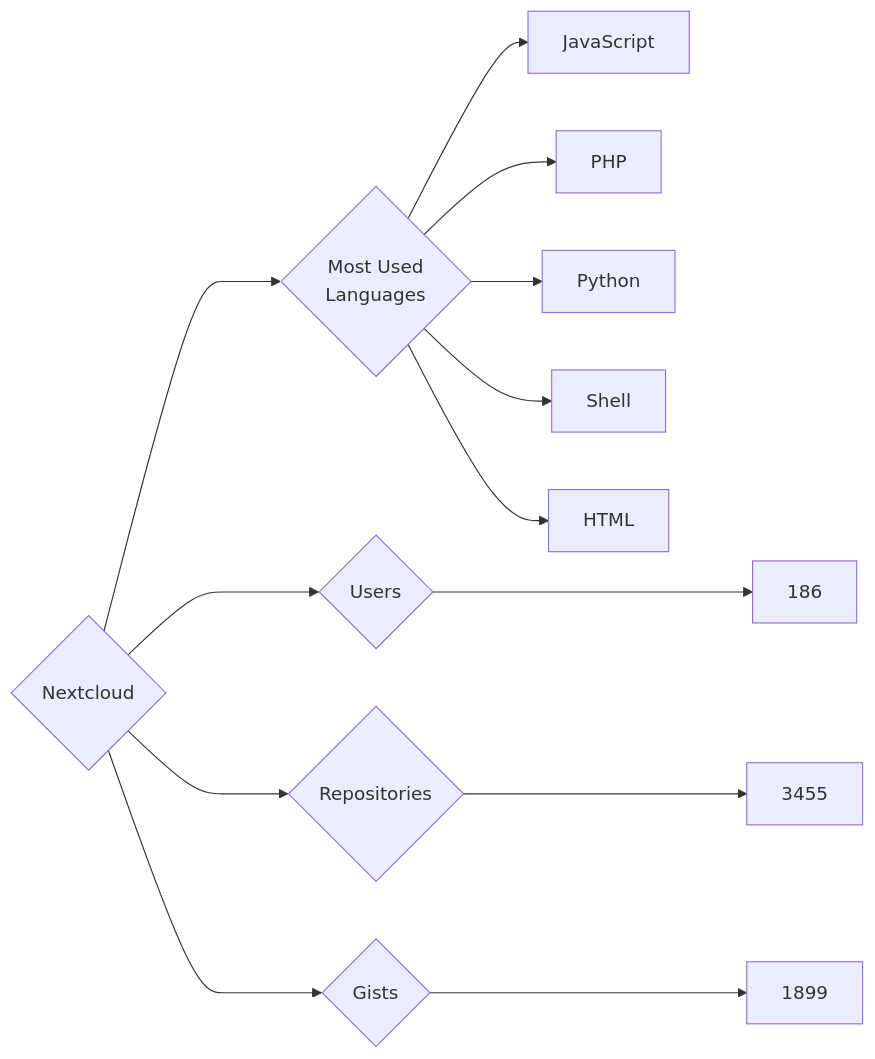
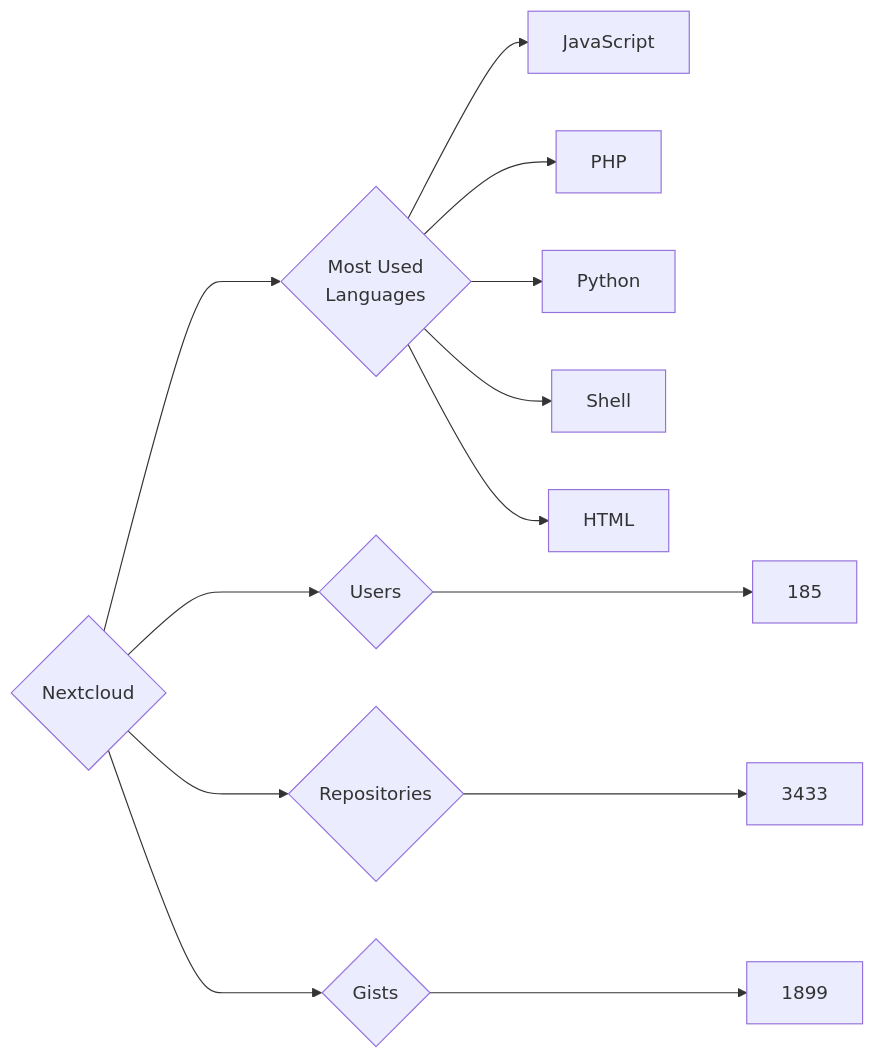
One commit to trickest/insiders changed the diagram in targets/Nextcloud/README.md. Above: the diagram before and after it, drawn with Mermaid. The commit also changed 682 other files, not shown here.

````diff
--- a/targets/Nextcloud/README.md
+++ b/targets/Nextcloud/README.md
@@ -3,13 +3,13 @@
 ```mermaid
 graph LR
 COMPANY_NAME{Nextcloud}
-COMPANY_NAME ---> U{Users} ---> UN[186]
-COMPANY_NAME ---> R{Repositories} ---> RN[3455]
+COMPANY_NAME ---> U{Users} ---> UN[185]
+COMPANY_NAME ---> R{Repositories} ---> RN[3433]
 COMPANY_NAME ---> G{Gists} ---> GN[1899]
 COMPANY_NAME ---> ML{Most Used<br>Languages}
 ML --> JavaScript[JavaScript]
 ML --> PHP[PHP]
 ML --> Python[Python]
 ML --> Shell[Shell]
 ML --> HTML[HTML]
 ```
````
